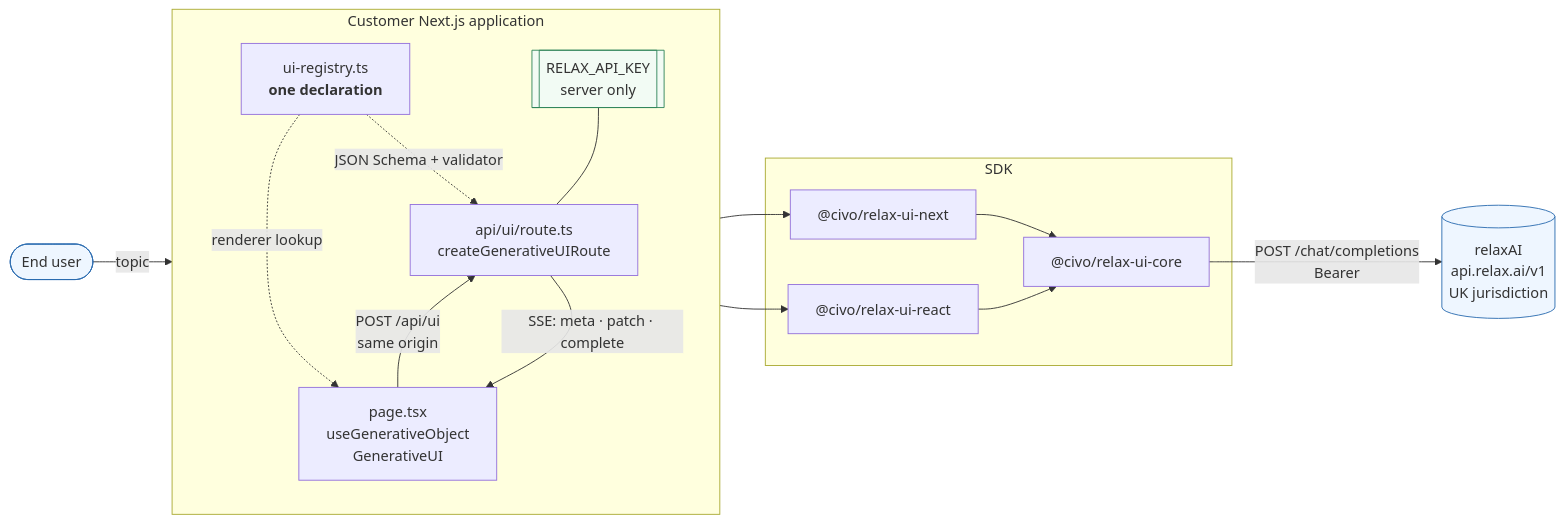
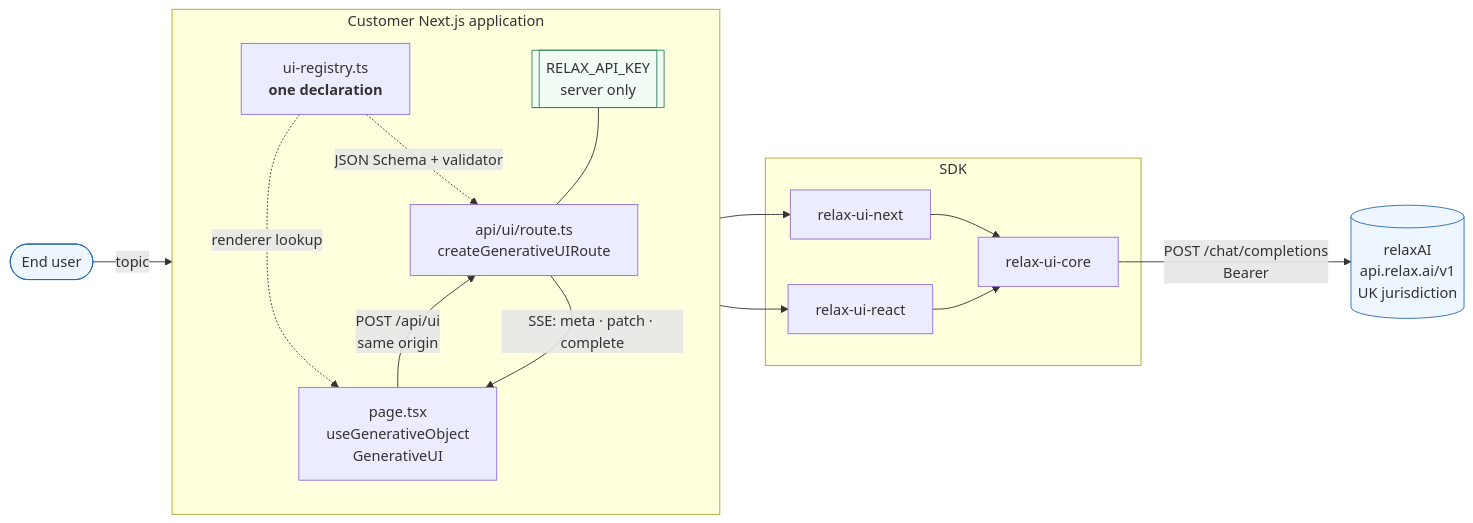
The diagram in docs/diagrams/01-context.md (ashvolt/civo_ui_sdk), drawn with Mermaid before and after one commit. The commit also changed 47 other files, not shown here.

````diff
--- a/docs/diagrams/01-context.md
+++ b/docs/diagrams/01-context.md
@@ -3,35 +3,35 @@
 ```mermaid
 graph LR
     User([End user])
 
     subgraph app["Customer Next.js application"]
         direction TB
         Registry["ui-registry.ts<br/><b>one declaration</b>"]
         Page["page.tsx<br/>useGenerativeObject<br/>GenerativeUI"]
         Route["api/ui/route.ts<br/>createGenerativeUIRoute"]
         Key[["RELAX_API_KEY<br/>server only"]]
     end
 
     subgraph sdk["SDK"]
-        Core["@civo/relax-ui-core"]
-        RPkg["@civo/relax-ui-react"]
-        NPkg["@civo/relax-ui-next"]
+        Core["relax-ui-core"]
+        RPkg["relax-ui-react"]
+        NPkg["relax-ui-next"]
     end
 
     Relax[("relaxAI<br/>api.relax.ai/v1<br/>UK jurisdiction")]
 
     User -->|"topic"| Page
     Page -->|"POST /api/ui<br/>same origin"| Route
     Route -->|"SSE: meta · patch · complete"| Page
     Route --> NPkg --> Core
     Page --> RPkg --> Core
     Core -->|"POST /chat/completions<br/>Bearer"| Relax
     Key --- Route
     Registry -.->|"JSON Schema + validator"| Route
     Registry -.->|"renderer lookup"| Page
 
     classDef sec fill:#f2fbf4,stroke:#2f855a
     classDef ext fill:#eef6ff,stroke:#2b6cb0
     class Key sec
     class Relax,User ext
 ```
````
